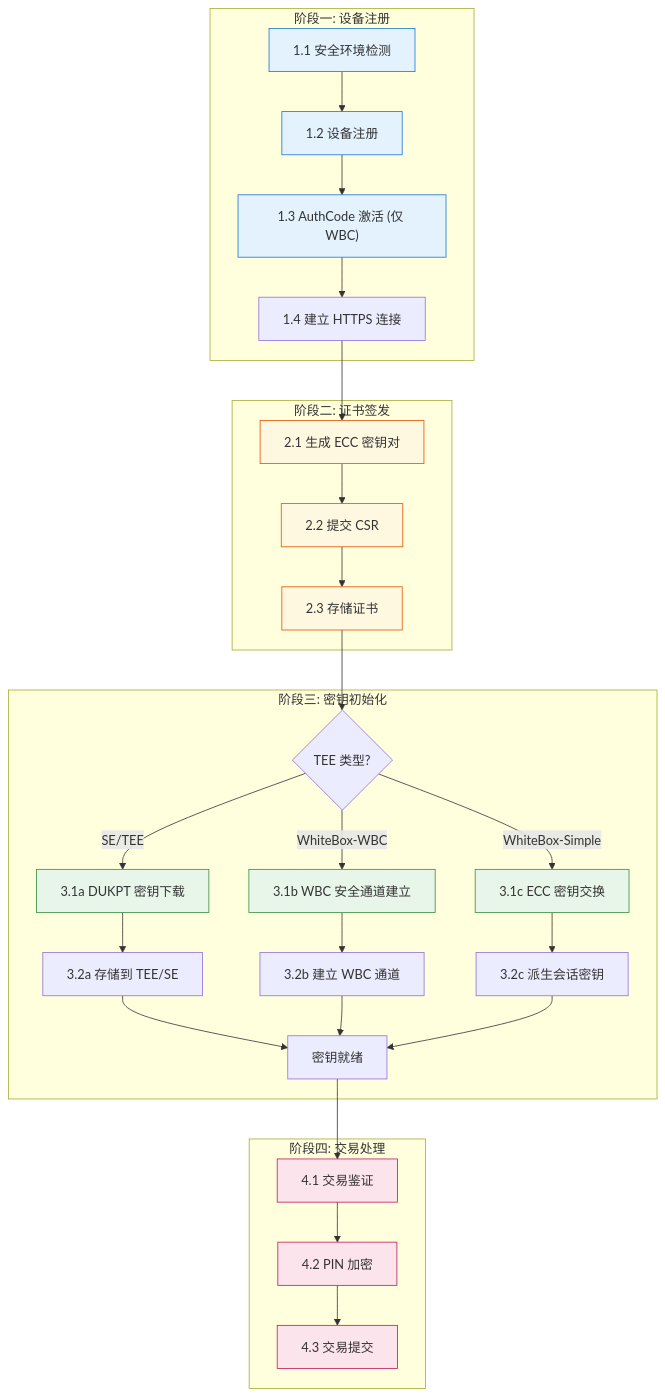
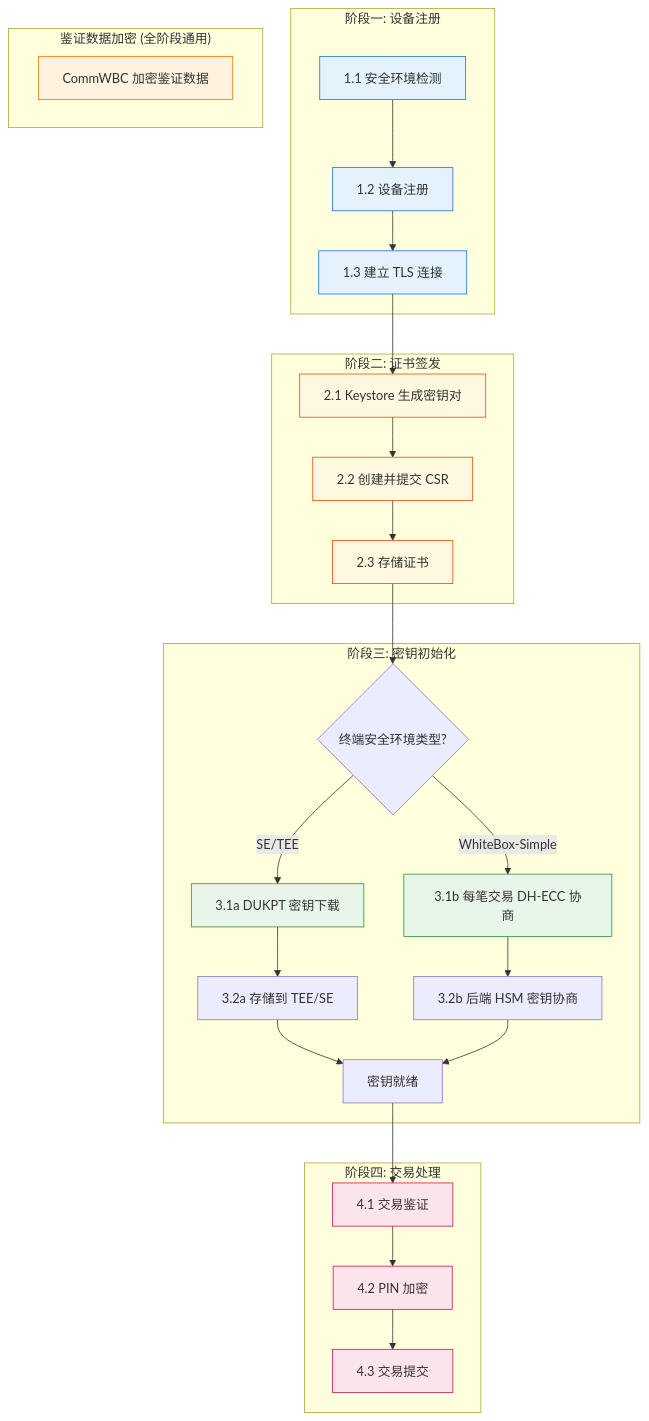
One commit to kevinwangl/sunbay-softpos-docs changed the third of 21 diagrams in solution/MPOC_SDK_API_GUIDE.md. Above: the diagram before and after it, drawn with Mermaid. The commit also changed other lines of this file, not shown here.

````diff
--- a/solution/MPOC_SDK_API_GUIDE.md
+++ b/solution/MPOC_SDK_API_GUIDE.md
@@ -252,48 +244,48 @@
 ```mermaid
 flowchart TB
     subgraph "阶段一: 设备注册"
         A1["1.1 安全环境检测"] --> A2["1.2 设备注册"]
-        A2 --> A3["1.3 AuthCode 激活 (仅 WBC)"]
-        A3 --> A4["1.4 建立 HTTPS 连接"]
+        A2 --> A3["1.3 建立 TLS 连接"]
     end
     
     subgraph "阶段二: 证书签发"
-        B1["2.1 生成 ECC 密钥对"] --> B2["2.2 提交 CSR"]
+        B1["2.1 Keystore 生成密钥对"] --> B2["2.2 创建并提交 CSR"]
         B2 --> B3["2.3 存储证书"]
     end
     
     subgraph "阶段三: 密钥初始化"
-        C1{"TEE 类型?"}
+        C1{"终端安全环境类型?"}
         C1 -->|SE/TEE| C2["3.1a DUKPT 密钥下载"]
-        C1 -->|WhiteBox-WBC| C3["3.1b WBC 安全通道建立"]
-        C1 -->|WhiteBox-Simple| C4["3.1c ECC 密钥交换"]
+        C1 -->|WhiteBox-Simple| C4["3.1b 每笔交易 DH-ECC 协商"]
         C2 --> C5["3.2a 存储到 TEE/SE"]
-        C3 --> C6["3.2b 建立 WBC 通道"]
-        C4 --> C7["3.2c 派生会话密钥"]
+        C4 --> C7["3.2b 后端 HSM 密钥协商"]
         C5 --> C8["密钥就绪"]
-        C6 --> C8
         C7 --> C8
     end
     
     subgraph "阶段四: 交易处理"
         D1["4.1 交易鉴证"] --> D2["4.2 PIN 加密"]
         D2 --> D3["4.3 交易提交"]
     end
     
-    A4 --> B1
+    subgraph "鉴证数据加密 (全阶段通用)"
+        G["CommWBC 加密鉴证数据"]
+    end
+    
+    A3 --> B1
     B3 --> C1
     C8 --> D1
     
     style A1 fill:#e3f2fd,stroke:#1976d2
     style A2 fill:#e3f2fd,stroke:#1976d2
     style A3 fill:#e3f2fd,stroke:#1976d2
     style B1 fill:#fff8e1,stroke:#e65100
     style B2 fill:#fff8e1,stroke:#e65100
     style B3 fill:#fff8e1,stroke:#e65100
     style C2 fill:#e8f5e9,stroke:#388e3c
-    style C3 fill:#e8f5e9,stroke:#388e3c
     style C4 fill:#e8f5e9,stroke:#388e3c
     style D1 fill:#fce4ec,stroke:#c2185b
     style D2 fill:#fce4ec,stroke:#c2185b
     style D3 fill:#fce4ec,stroke:#c2185b
+    style G fill:#fff3e0,stroke:#f57c00
 ```
````
